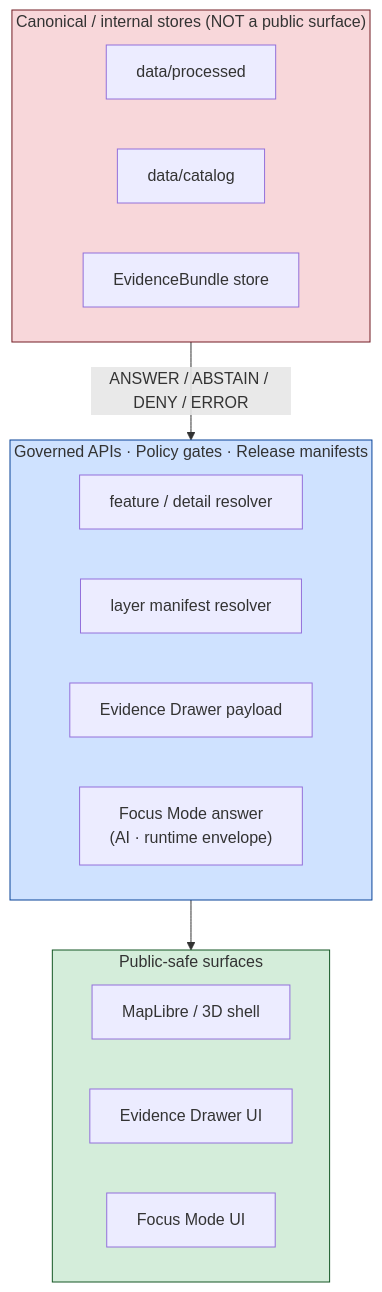
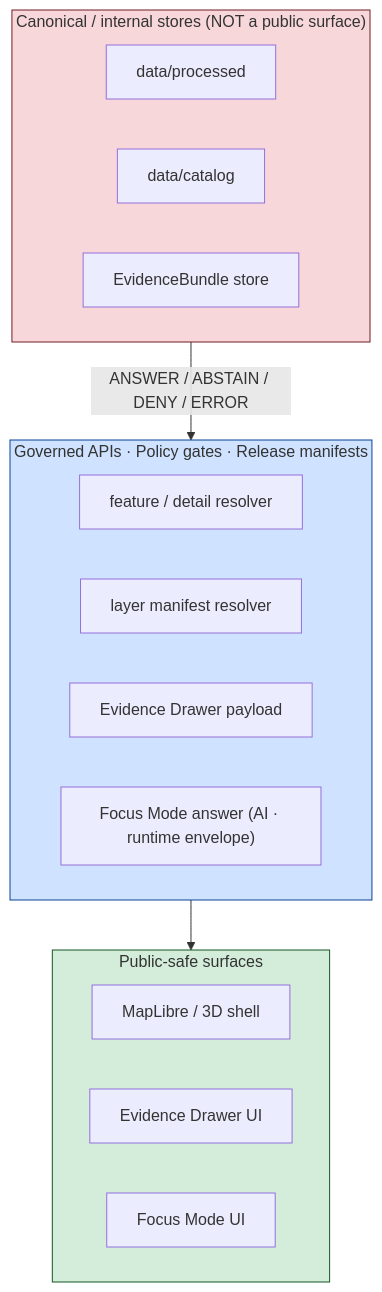
One commit to bartytime4life/Kansas-Frontier-Matrix changed the second of 3 diagrams in docs/domains/settlements-infrastructure/EXPANSION_PLAN.md. Above: the diagram before and after it, drawn with Mermaid. The commit also changed other lines of this file, not shown here.

````diff
--- a/docs/domains/settlements-infrastructure/EXPANSION_PLAN.md
+++ b/docs/domains/settlements-infrastructure/EXPANSION_PLAN.md
@@ -264,31 +275,31 @@
 ```mermaid
 flowchart TD
   subgraph Canonical["Canonical / internal stores (NOT a public surface)"]
-    C1[data/processed]
-    C2[data/catalog]
-    C3[EvidenceBundle store]
+    C1["data/processed"]
+    C2["data/catalog"]
+    C3["EvidenceBundle store"]
   end
 
   subgraph Membrane["Governed APIs · Policy gates · Release manifests"]
     G1["feature / detail resolver"]
     G2["layer manifest resolver"]
     G3["Evidence Drawer payload"]
-    G4["Focus Mode answer<br/>(AI · runtime envelope)"]
+    G4["Focus Mode answer (AI · runtime envelope)"]
   end
 
   subgraph Public["Public-safe surfaces"]
-    P1[MapLibre / 3D shell]
-    P2[Evidence Drawer UI]
-    P3[Focus Mode UI]
+    P1["MapLibre / 3D shell"]
+    P2["Evidence Drawer UI"]
+    P3["Focus Mode UI"]
   end
 
-  Canonical -->|ANSWER / ABSTAIN / DENY / ERROR| Membrane
+  Canonical -->|"ANSWER / ABSTAIN / DENY / ERROR"| Membrane
   Membrane --> Public
 
   classDef deny fill:#f8d7da,stroke:#721c24;
   classDef gov  fill:#cfe2ff,stroke:#084298;
   classDef pub  fill:#d4edda,stroke:#155724;
   class Canonical deny
   class Membrane gov
   class Public pub
 ```
````
